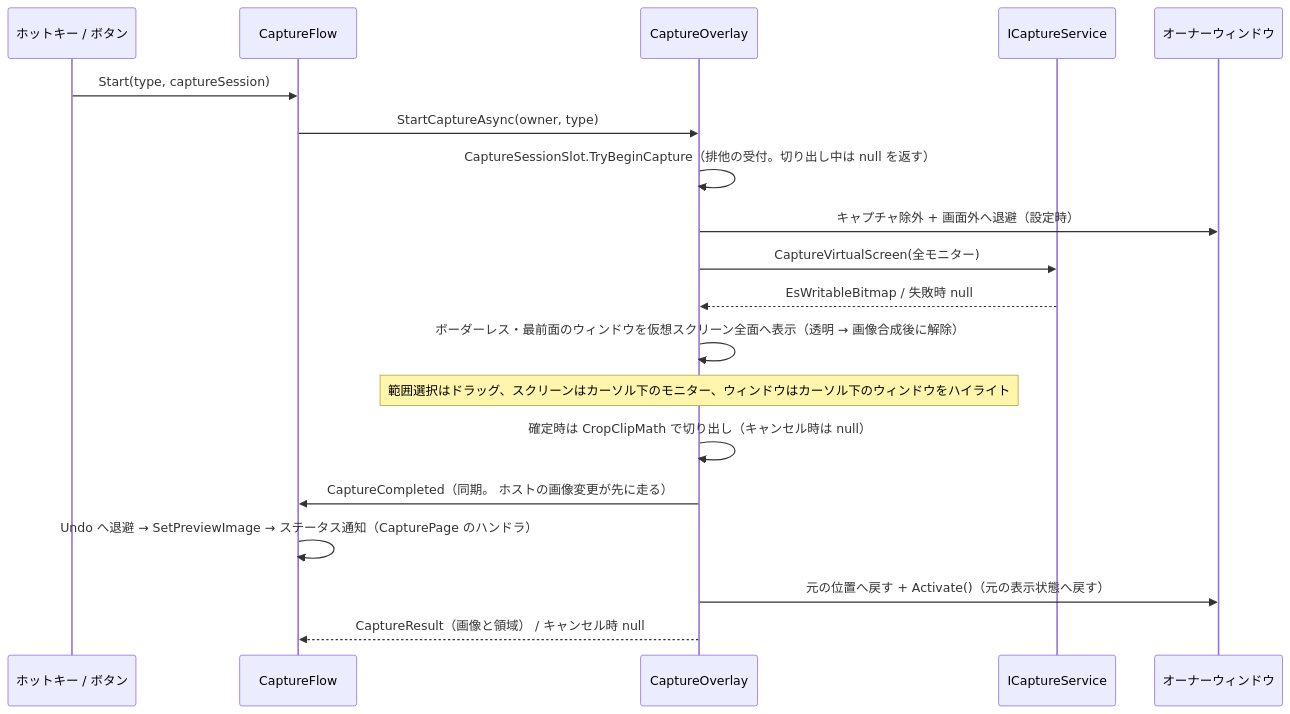
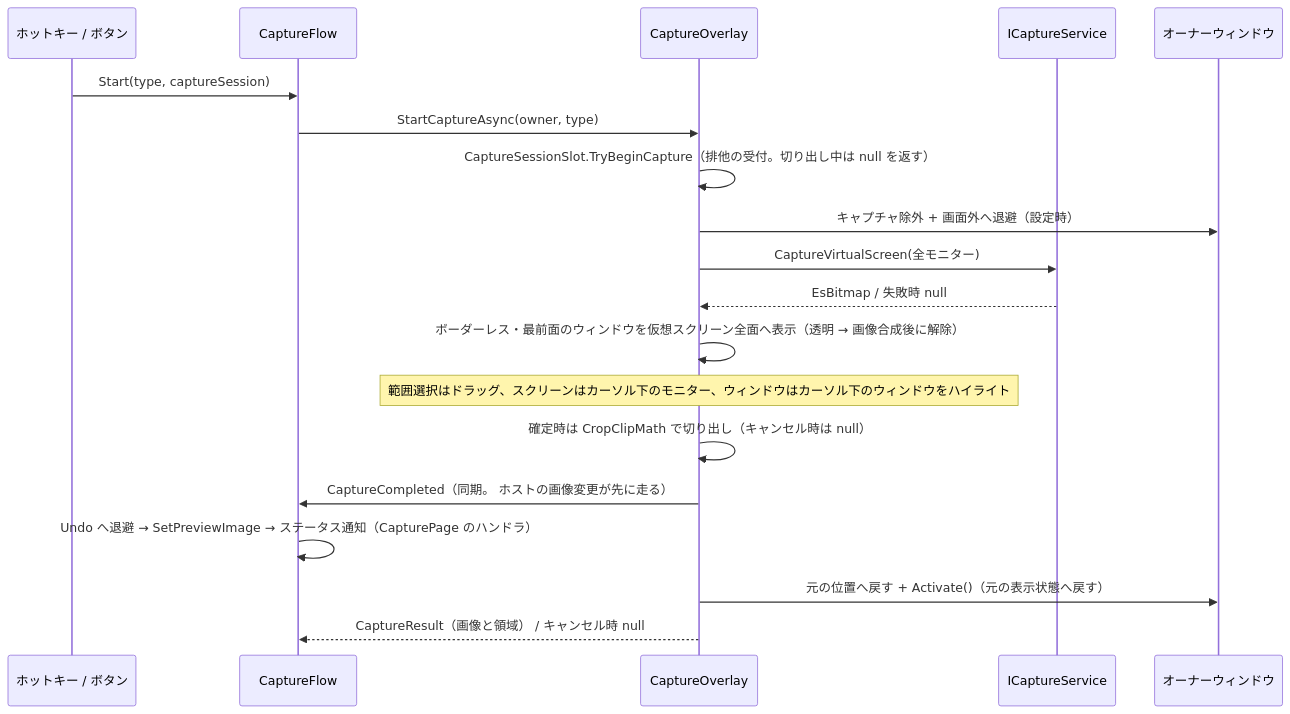
Before and after one commit to tomokuni/SaveEvidence: the third of 12 diagrams in src/App.MewUI/docs/SPEC_System.md, drawn with Mermaid. The commit also changed other lines of this file and 41 other files, not shown here.

````diff
--- a/src/App.MewUI/docs/SPEC_System.md
+++ b/src/App.MewUI/docs/SPEC_System.md
@@ -376,23 +376,23 @@
 ```mermaid
 sequenceDiagram
     participant HK as ホットキー / ボタン
     participant CF as CaptureFlow
     participant OW as CaptureOverlay
     participant CS as ICaptureService
     participant OS as オーナーウィンドウ
 
     HK->>CF: Start(type, captureSession)
     CF->>OW: StartCaptureAsync(owner, type)
     OW->>OW: CaptureSessionSlot.TryBeginCapture（排他の受付。切り出し中は null を返す）
 
     OW->>OS: キャプチャ除外 + 画面外へ退避（設定時）
     OW->>CS: CaptureVirtualScreen(全モニター)
-    CS-->>OW: EsWritableBitmap / 失敗時 null
+    CS-->>OW: EsBitmap / 失敗時 null
     OW->>OW: ボーダーレス・最前面のウィンドウを仮想スクリーン全面へ表示（透明 → 画像合成後に解除）
     Note over OW: 範囲選択はドラッグ、スクリーンはカーソル下のモニター、ウィンドウはカーソル下のウィンドウをハイライト
     OW->>OW: 確定時は CropClipMath で切り出し（キャンセル時は null）
     OW->>CF: CaptureCompleted（同期。 ホストの画像変更が先に走る）
     CF->>CF: Undo へ退避 → SetPreviewImage → ステータス通知（CapturePage のハンドラ）
     OW->>OS: 元の位置へ戻す + Activate()（元の表示状態へ戻す）
     OW-->>CF: CaptureResult（画像と領域） / キャンセル時 null
 ```
````
